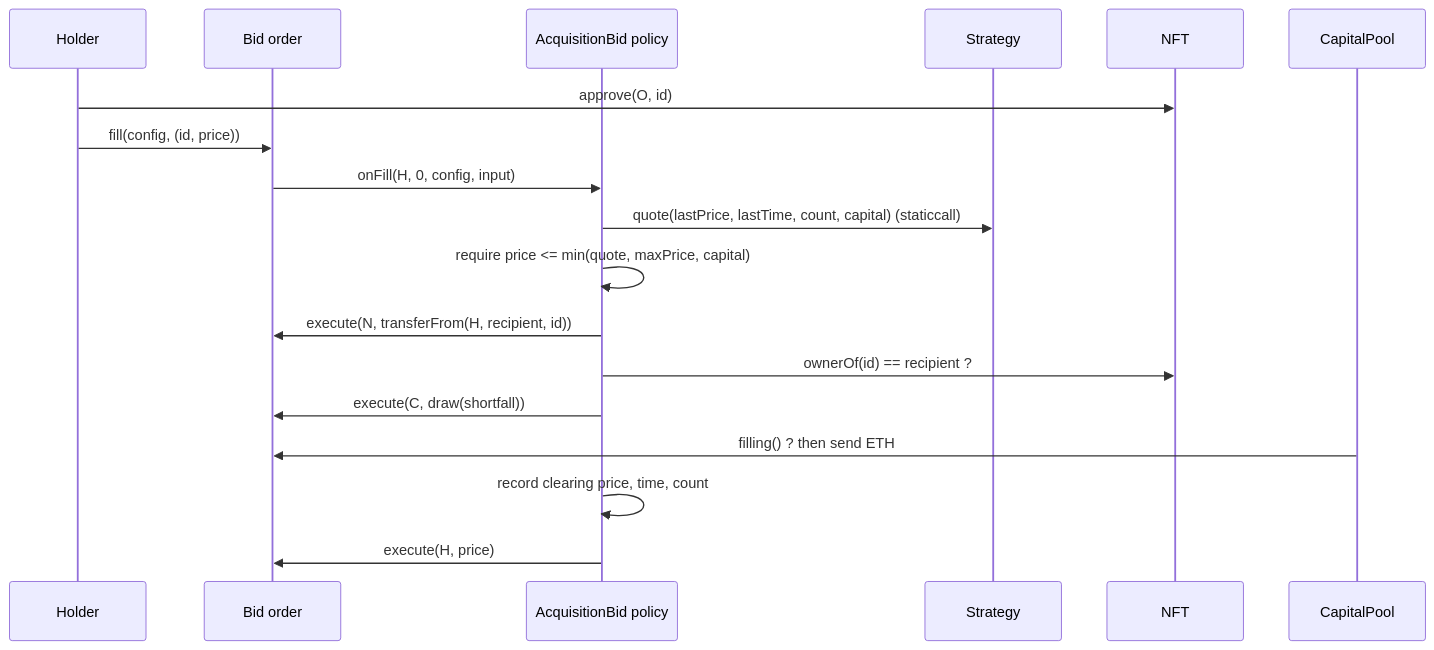
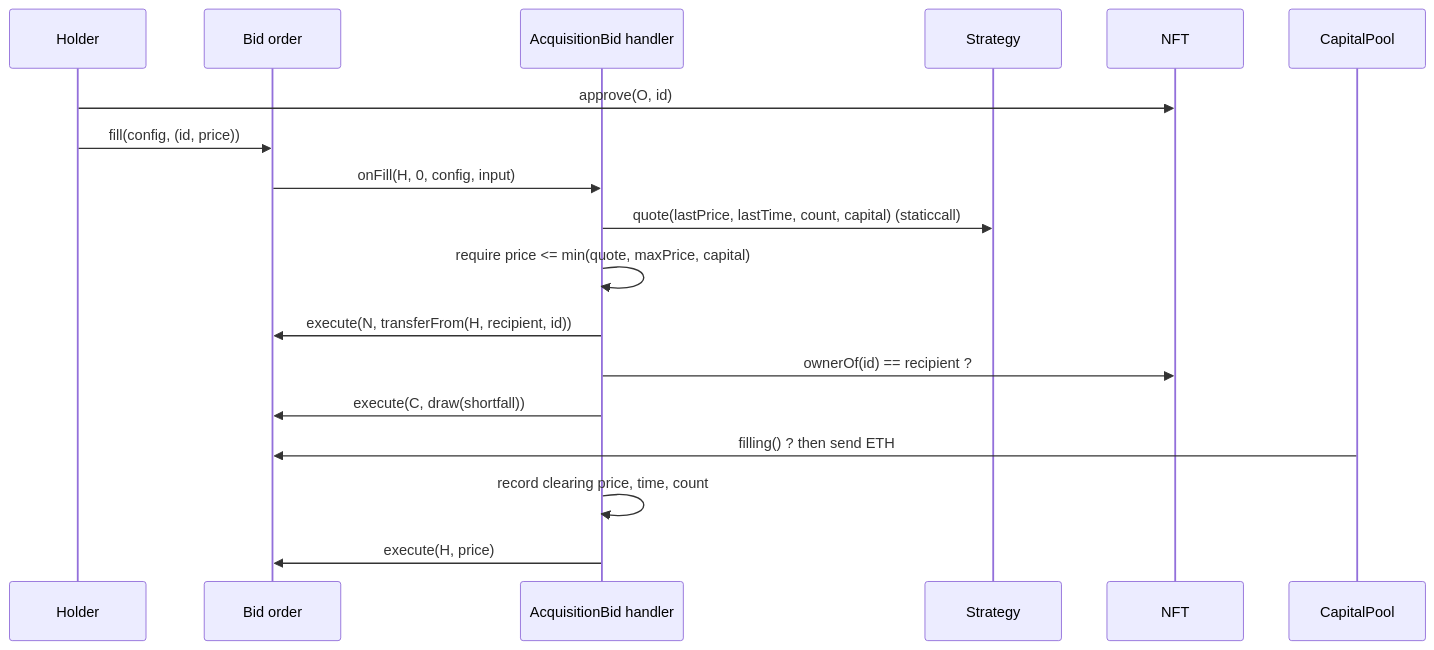
The fourth of 4 diagrams in README.md (ripe0x/market), drawn with Mermaid before and after one commit. The commit also changed other lines of this file and 31 other files, not shown here.

First line of the commit message:
Rename Policy to OrderHandler; commit active orders to their handler

````diff
--- a/README.md
+++ b/README.md
@@ -118,20 +148,20 @@
 ```mermaid
 sequenceDiagram
     participant H as Holder
     participant O as Bid order
-    participant P as AcquisitionBid policy
+    participant P as AcquisitionBid handler
     participant Q as Strategy
     participant N as NFT
     participant C as CapitalPool
     H->>N: approve(O, id)
     H->>O: fill(config, (id, price))
     O->>P: onFill(H, 0, config, input)
     P->>Q: quote(lastPrice, lastTime, count, capital)  (staticcall)
     P->>P: require price <= min(quote, maxPrice, capital)
     P->>O: execute(N, transferFrom(H, recipient, id))
     P->>N: ownerOf(id) == recipient ?
     P->>O: execute(C, draw(shortfall))
     C->>O: filling() ?  then send ETH
     P->>P: record clearing price, time, count
     P->>O: execute(H, price)
 ```
````
